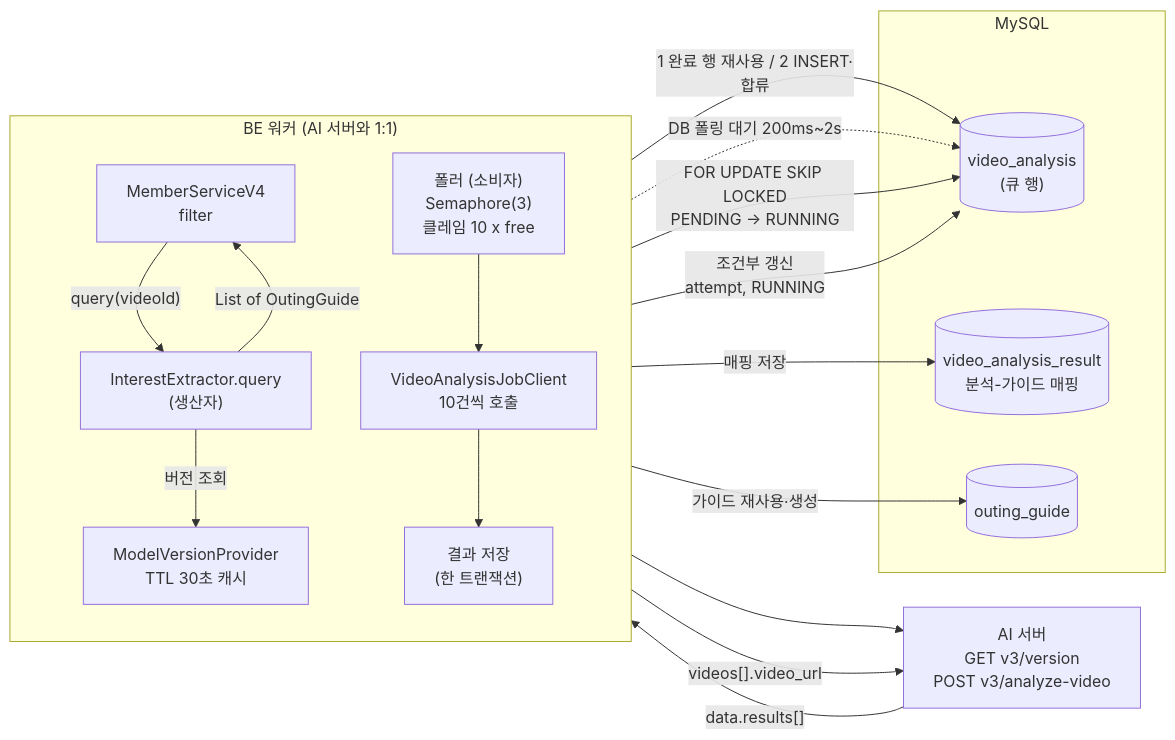
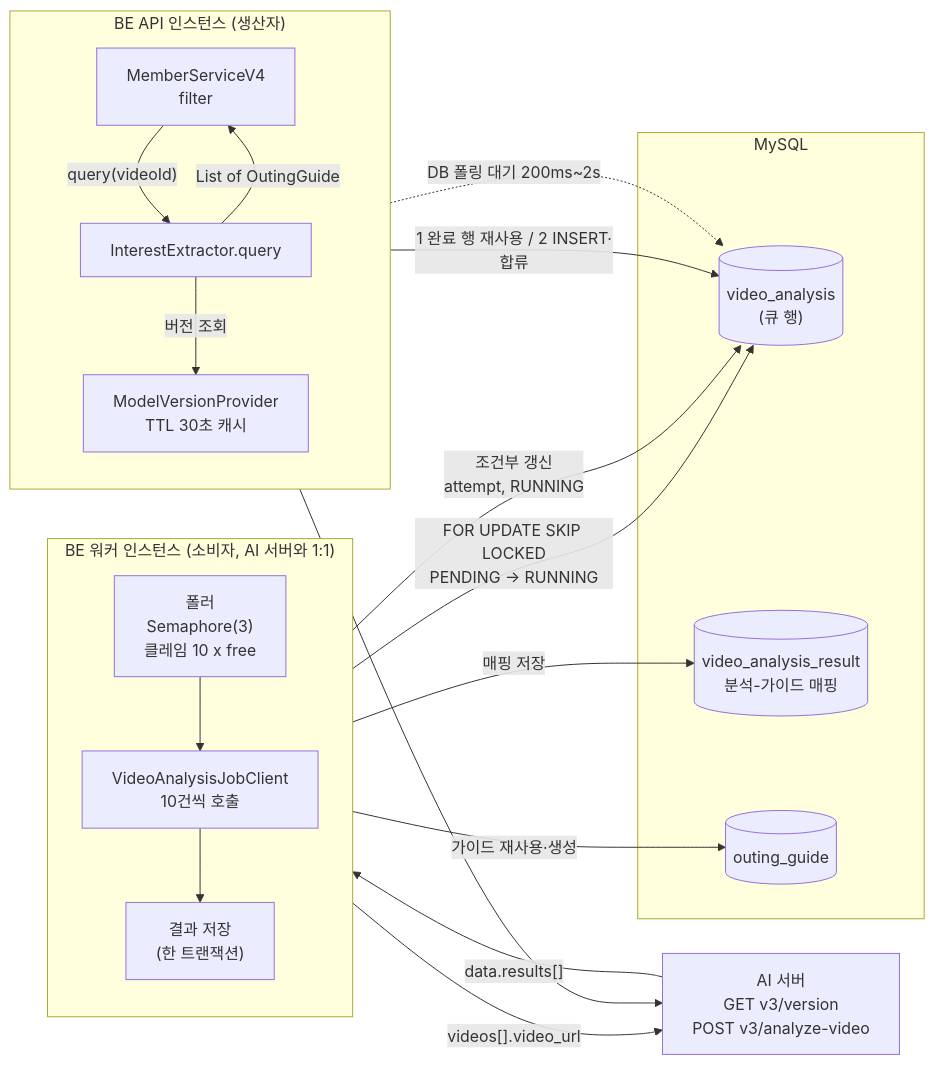
Before and after one commit to 100-hours-a-week/KTB4-8th-BE: the first of 3 diagrams in docs/db-analysis-queue-design.md, drawn with Mermaid. The commit also changed other lines of this file, not shown here.

Commit message:
docs(youtube): 생산자와 소비자 워커의 인스턴스 분리를 설계에 반영

````diff
--- a/docs/db-analysis-queue-design.md
+++ b/docs/db-analysis-queue-design.md
@@ -29,35 +29,39 @@
 ```mermaid
 flowchart LR
-    subgraph BE["BE 워커 (AI 서버와 1:1)"]
+    subgraph API["BE API 인스턴스 (생산자)"]
         direction TB
         MS["MemberServiceV4<br/>filter"]
-        IE["InterestExtractor.query<br/>(생산자)"]
+        IE["InterestExtractor.query"]
         MV["ModelVersionProvider<br/>TTL 30초 캐시"]
-        POLL["폴러 (소비자)<br/>Semaphore(3)<br/>클레임 10 x free"]
+    end
+
+    subgraph WK["BE 워커 인스턴스 (소비자, AI 서버와 1:1)"]
+        direction TB
+        POLL["폴러<br/>Semaphore(3)<br/>클레임 10 x free"]
+        CLIENT["VideoAnalysisJobClient<br/>10건씩 호출"]
         SAVE["결과 저장<br/>(한 트랜잭션)"]
-        CLIENT["VideoAnalysisJobClient<br/>10건씩 호출"]
     end
 
     subgraph DB["MySQL"]
         VA[("video_analysis<br/>(큐 행)")]
         VAR[("video_analysis_result<br/>분석-가이드 매핑")]
         OG[("outing_guide")]
     end
 
     AI["AI 서버<br/>GET v3/version<br/>POST v3/analyze-video"]
 
     MS -->|"query(videoId)"| IE
     IE -->|"버전 조회"| MV
     MV --> AI
     IE -->|"1 완료 행 재사용 / 2 INSERT·합류"| VA
     IE -.->|"DB 폴링 대기 200ms~2s"| VA
     POLL -->|"FOR UPDATE SKIP LOCKED<br/>PENDING → RUNNING"| VA
     POLL --> CLIENT
     CLIENT -->|"videos[].video_url"| AI
     AI -->|"data.results[]"| CLIENT
     CLIENT --> SAVE
     SAVE -->|"가이드 재사용·생성"| OG
     SAVE -->|"매핑 저장"| VAR
     SAVE -->|"조건부 갱신<br/>attempt, RUNNING"| VA
     IE -->|"List of OutingGuide"| MS
 ```
````
